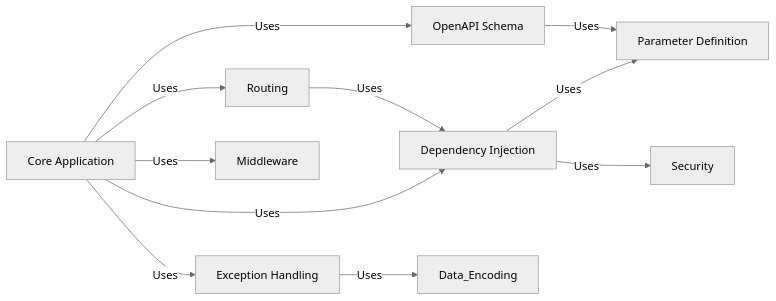
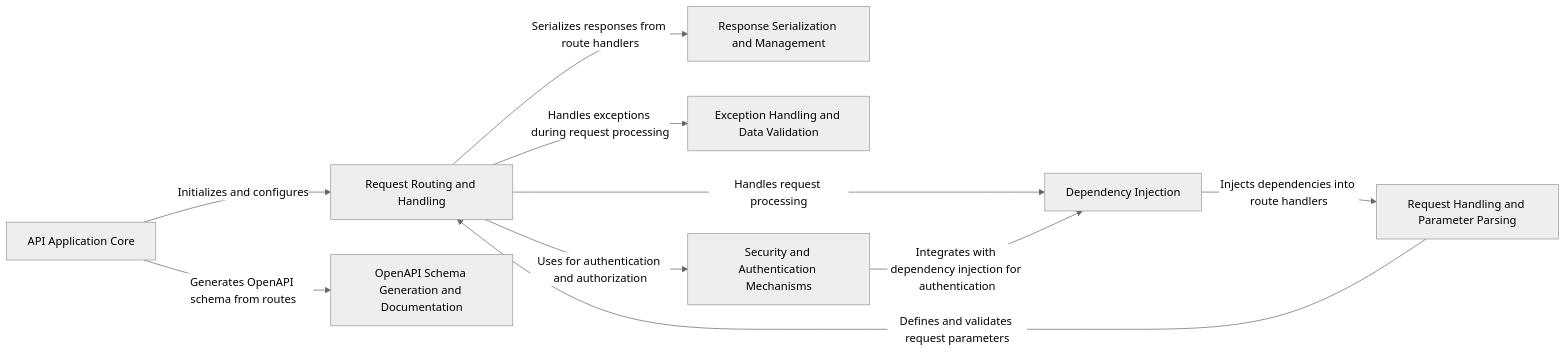
Before and after one commit to CodeBoarding/GeneratedOnBoardings: the diagram in fastapi/on_boarding.md, drawn with Mermaid (neutral theme). The commit also changed other lines of this file and 15 other files, not shown here.

````diff
--- a/fastapi/on_boarding.md
+++ b/fastapi/on_boarding.md
@@ -1,29 +1,28 @@
 ```mermaid
 graph LR
-    Core_Application["Core Application"]
-    Routing["Routing"]
+    API_Application_Core["API Application Core"]
+    Request_Routing_and_Handling["Request Routing and Handling"]
     Dependency_Injection["Dependency Injection"]
-    Parameter_Definition["Parameter Definition"]
-    Security["Security"]
-    OpenAPI_Schema["OpenAPI Schema"]
-    Exception_Handling["Exception Handling"]
-    Middleware["Middleware"]
-    Core_Application -- "Uses" --> Routing
-    Core_Application -- "Uses" --> Dependency_Injection
-    Core_Application -- "Uses" --> OpenAPI_Schema
-    Core_Application -- "Uses" --> Exception_Handling
-    Routing -- "Uses" --> Dependency_Injection
-    Dependency_Injection -- "Uses" --> Parameter_Definition
-    Dependency_Injection -- "Uses" --> Security
-    OpenAPI_Schema -- "Uses" --> Parameter_Definition
-    Exception_Handling -- "Uses" --> Data_Encoding
-    Core_Application -- "Uses" --> Middleware
-    click Core_Application href "https://github.com/CodeBoarding/GeneratedOnBoardings/blob/main/fastapi/Core Application.md" "Details"
-    click Routing href "https://github.com/CodeBoarding/GeneratedOnBoardings/blob/main/fastapi/Routing.md" "Details"
+    Request_Handling_and_Parameter_Parsing["Request Handling and Parameter Parsing"]
+    Response_Serialization_and_Management["Response Serialization and Management"]
+    Exception_Handling_and_Data_Validation["Exception Handling and Data Validation"]
+    OpenAPI_Schema_Generation_and_Documentation["OpenAPI Schema Generation and Documentation"]
+    Security_and_Authentication_Mechanisms["Security and Authentication Mechanisms"]
+    API_Application_Core -- "Initializes and configures" --> Request_Routing_and_Handling
+    Request_Routing_and_Handling -- "Handles request processing" --> Dependency_Injection
+    Dependency_Injection -- "Injects dependencies into route handlers" --> Request_Handling_and_Parameter_Parsing
+    Request_Handling_and_Parameter_Parsing -- "Defines and validates request parameters" --> Request_Routing_and_Handling
+    Request_Routing_and_Handling -- "Serializes responses from route handlers" --> Response_Serialization_and_Management
+    Request_Routing_and_Handling -- "Handles exceptions during request processing" --> Exception_Handling_and_Data_Validation
+    API_Application_Core -- "Generates OpenAPI schema from routes" --> OpenAPI_Schema_Generation_and_Documentation
+    Security_and_Authentication_Mechanisms -- "Integrates with dependency injection for authentication" --> Dependency_Injection
+    Request_Routing_and_Handling -- "Uses for authentication and authorization" --> Security_and_Authentication_Mechanisms
+    click API_Application_Core href "https://github.com/CodeBoarding/GeneratedOnBoardings/blob/main/fastapi/API Application Core.md" "Details"
+    click Request_Routing_and_Handling href "https://github.com/CodeBoarding/GeneratedOnBoardings/blob/main/fastapi/Request Routing and Handling.md" "Details"
     click Dependency_Injection href "https://github.com/CodeBoarding/GeneratedOnBoardings/blob/main/fastapi/Dependency Injection.md" "Details"
-    click Parameter_Definition href "https://github.com/CodeBoarding/GeneratedOnBoardings/blob/main/fastapi/Parameter Definition.md" "Details"
-    click Security href "https://github.com/CodeBoarding/GeneratedOnBoardings/blob/main/fastapi/Security.md" "Details"
-    click OpenAPI_Schema href "https://github.com/CodeBoarding/GeneratedOnBoardings/blob/main/fastapi/OpenAPI Schema.md" "Details"
-    click Exception_Handling href "https://github.com/CodeBoarding/GeneratedOnBoardings/blob/main/fastapi/Exception Handling.md" "Details"
-    click Middleware href "https://github.com/CodeBoarding/GeneratedOnBoardings/blob/main/fastapi/Middleware.md" "Details"
+    click Request_Handling_and_Parameter_Parsing href "https://github.com/CodeBoarding/GeneratedOnBoardings/blob/main/fastapi/Request Handling and Parameter Parsing.md" "Details"
+    click Response_Serialization_and_Management href "https://github.com/CodeBoarding/GeneratedOnBoardings/blob/main/fastapi/Response Serialization and Management.md" "Details"
+    click Exception_Handling_and_Data_Validation href "https://github.com/CodeBoarding/GeneratedOnBoardings/blob/main/fastapi/Exception Handling and Data Validation.md" "Details"
+    click OpenAPI_Schema_Generation_and_Documentation href "https://github.com/CodeBoarding/GeneratedOnBoardings/blob/main/fastapi/OpenAPI Schema Generation and Documentation.md" "Details"
+    click Security_and_Authentication_Mechanisms href "https://github.com/CodeBoarding/GeneratedOnBoardings/blob/main/fastapi/Security and Authentication Mechanisms.md" "Details"
 ```
````
